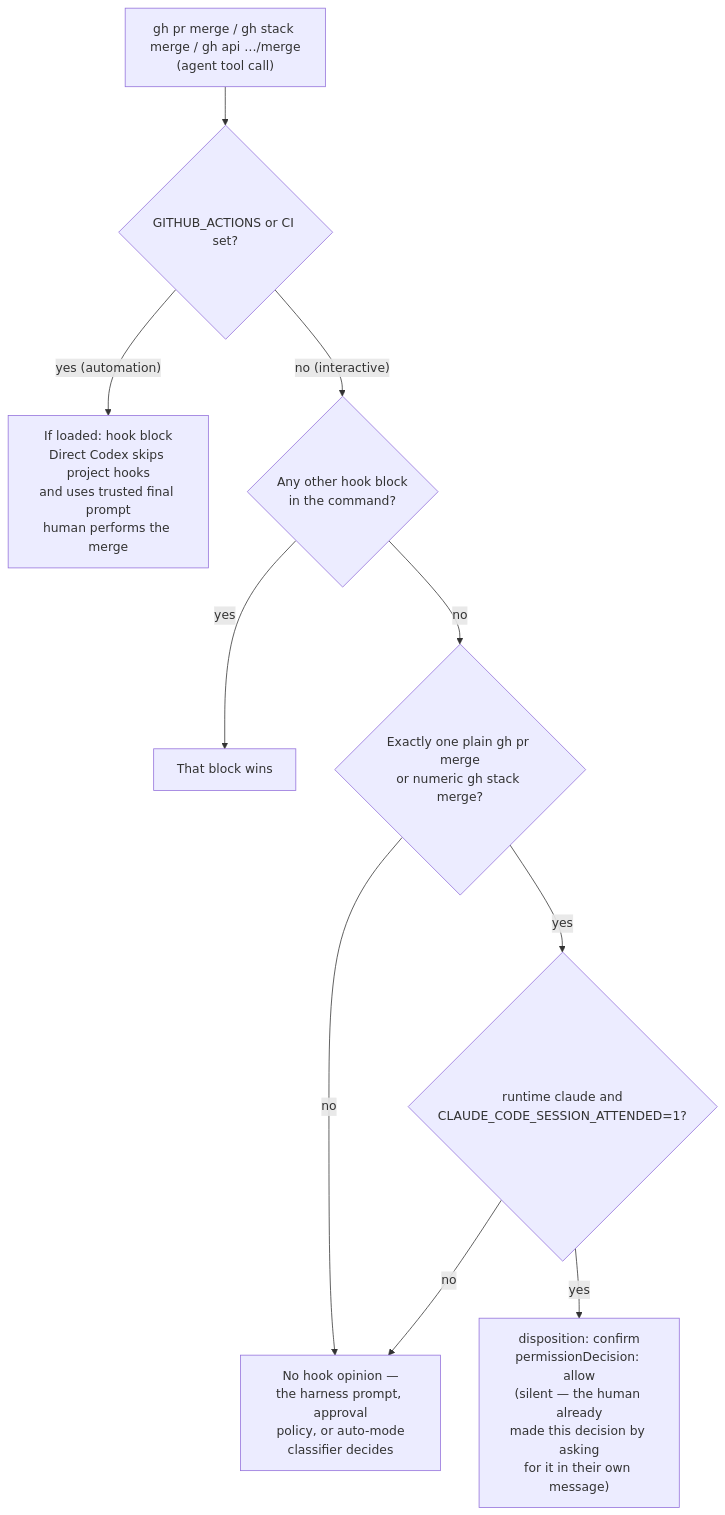
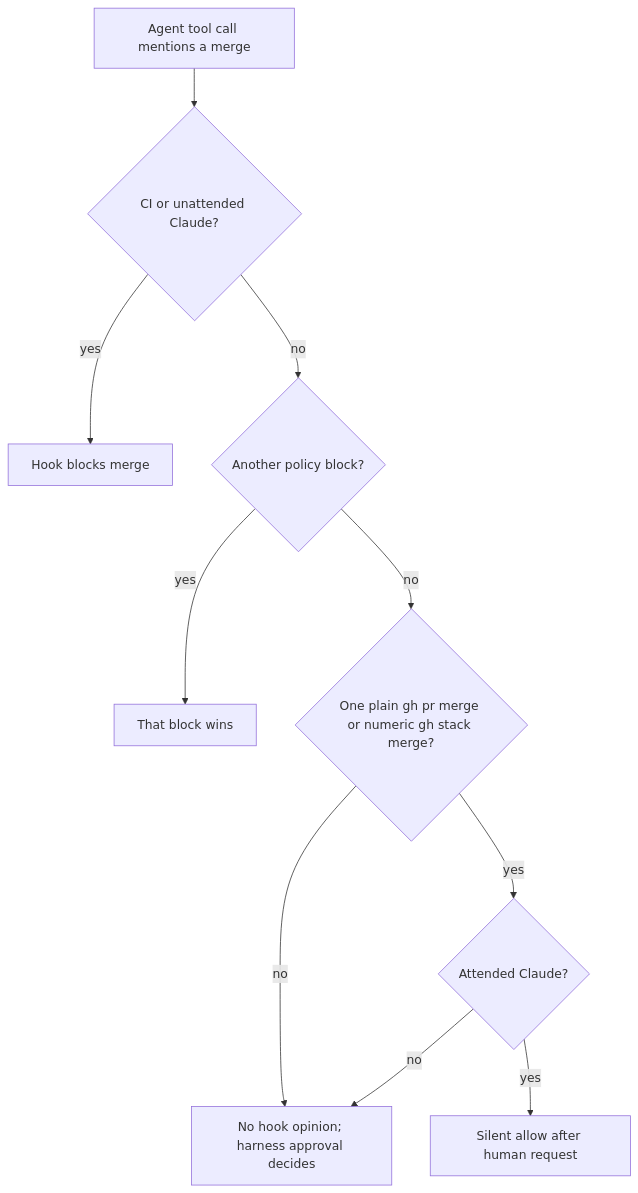
Before and after one commit to vouchington/vouchington: the diagram in docs/development/reference-merge-authority-decision-flow.md, drawn with Mermaid. The commit also changed other lines of this file and 72 other files, not shown here.

First line of the commit message:
refactor(agents): adopt published command-policy hooks

````diff
--- a/docs/development/reference-merge-authority-decision-flow.md
+++ b/docs/development/reference-merge-authority-decision-flow.md
@@ -5,12 +5,12 @@
 ```mermaid
 flowchart TD
-  start["gh pr merge / gh stack merge / gh api …/merge\n(agent tool call)"] --> ctx{"GITHUB_ACTIONS or CI set?"}
-  ctx -- "yes (automation)" --> block["If loaded: hook block\nDirect Codex skips project hooks\nand uses trusted final prompt\nhuman performs the merge"]
-  ctx -- "no (interactive)" --> other{"Any other hook block\nin the command?"}
-  other -- yes --> otherblock["That block wins"]
-  other -- no --> lone{"Exactly one plain gh pr merge\nor numeric gh stack merge?"}
-  lone -- no --> native["No hook opinion —\nthe harness prompt, approval\npolicy, or auto-mode\nclassifier decides"]
-  lone -- yes --> attended{"runtime claude and\nCLAUDE_CODE_SESSION_ATTENDED=1?"}
-  attended -- yes --> allow["disposition: confirm\npermissionDecision: allow\n(silent — the human already\nmade this decision by asking\nfor it in their own message)"]
+  start[Agent tool call mentions a merge] --> ctx{CI or unattended Claude?}
+  ctx -- yes --> block[Hook blocks merge]
+  ctx -- no --> other{Another policy block?}
+  other -- yes --> otherblock[That block wins]
+  other -- no --> lone{One plain gh pr merge or numeric gh stack merge?}
+  lone -- no --> native[No hook opinion; harness approval decides]
+  lone -- yes --> attended{Attended Claude?}
+  attended -- yes --> allow[Silent allow after human request]
   attended -- no --> native
 ```
````
